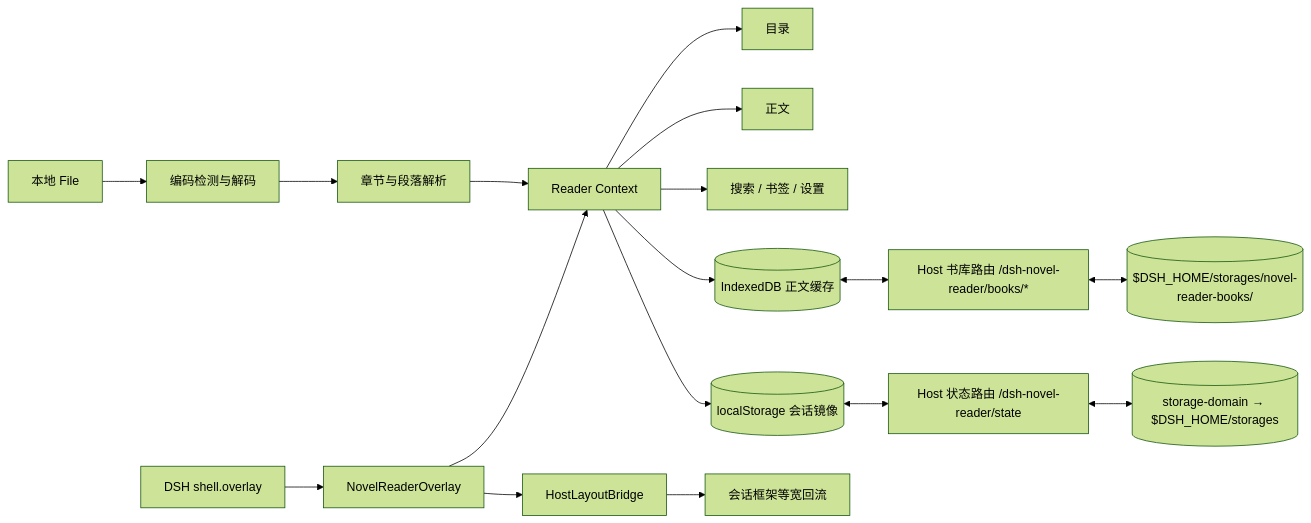
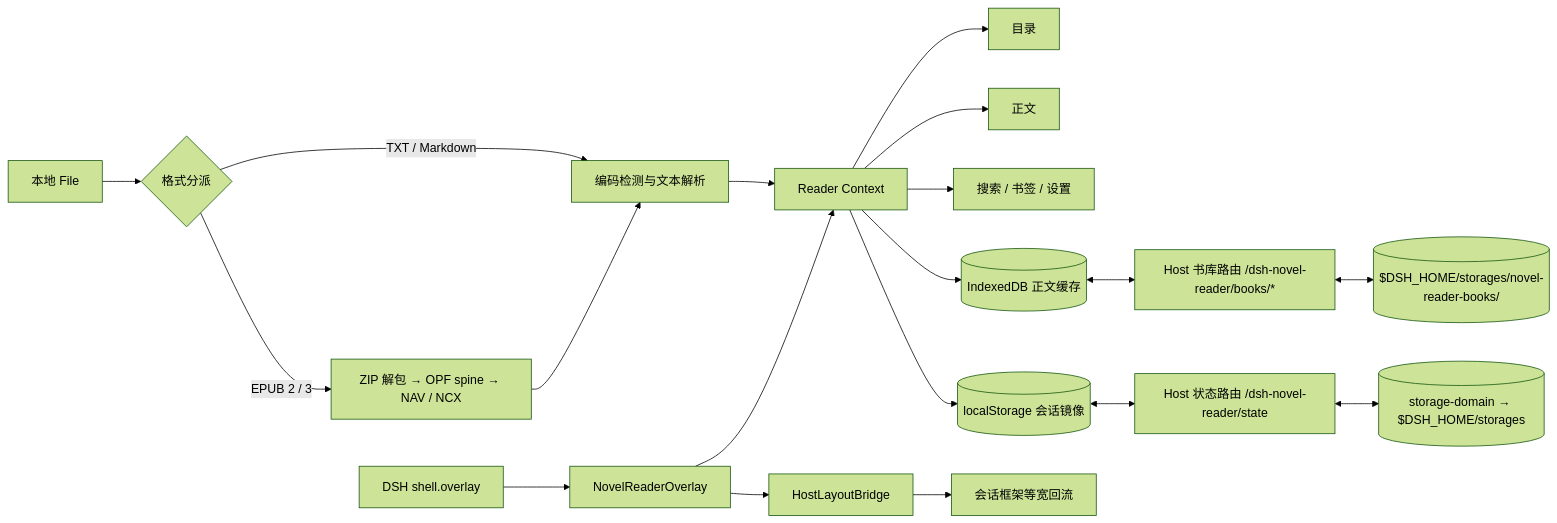
The diagram in README.md (zycode1561/deepseek-novel-reader), drawn with Mermaid (forest theme) before and after one commit. The commit also changed other lines of this file and 8 other files, not shown here.

````diff
--- a/README.md
+++ b/README.md
@@ -20,19 +21,21 @@
 ```mermaid
 flowchart LR
-  A[本地 File] --> B[编码检测与解码]
-  B --> C[章节与段落解析]
+  A[本地 File] --> B{格式分派}
+  B -->|TXT / Markdown| C[编码检测与文本解析]
+  B -->|EPUB 2 / 3| R[ZIP 解包 → OPF spine → NAV / NCX]
+  R --> C
   C --> D[Reader Context]
   D --> E[目录]
   D --> F[正文]
   D --> G[搜索 / 书签 / 设置]
   D --> H[(IndexedDB 正文缓存)]
   D --> I[(localStorage 会话镜像)]
   H <--> J[Host 书库路由 /dsh-novel-reader/books/*]
   I <--> K[Host 状态路由 /dsh-novel-reader/state]
   J <--> L[($DSH_HOME/storages/novel-reader-books/)]
   K <--> M[(storage-domain → $DSH_HOME/storages)]
   N[DSH shell.overlay] --> O[NovelReaderOverlay]
   O --> P[HostLayoutBridge]
   P --> Q[会话框架等宽回流]
   O --> D
 ```
````
